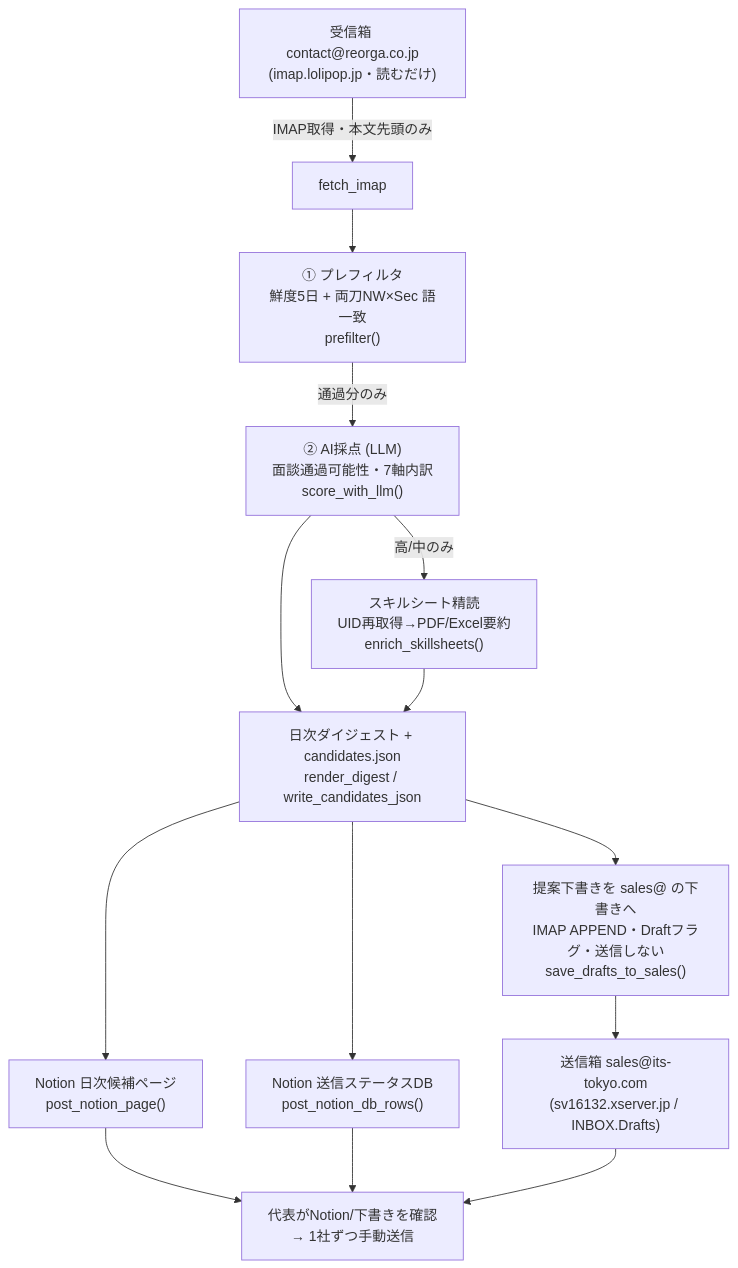
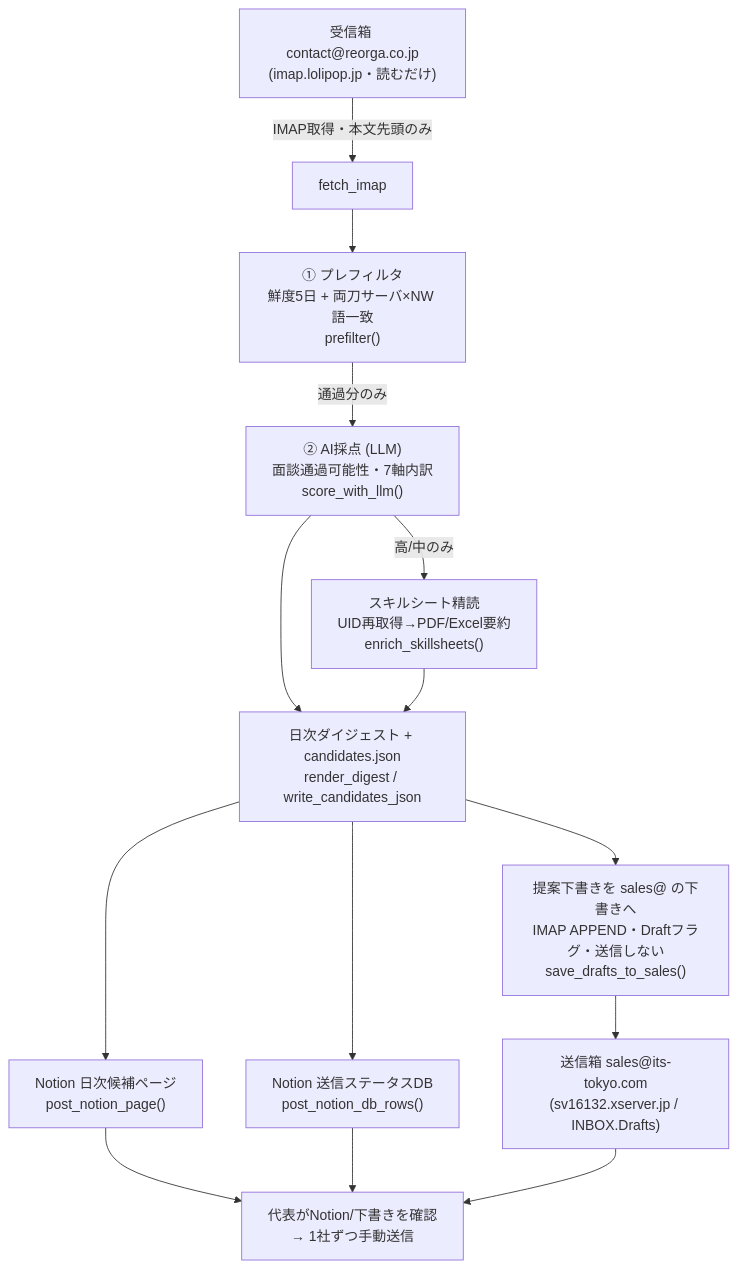
The diagram in automation/ses-matching/HANDOVER.md (ktakahashi7755-creator/its-company-os), drawn with Mermaid before and after one commit. The commit also changed other lines of this file and 21 other files, not shown here.

````diff
--- a/automation/ses-matching/HANDOVER.md
+++ b/automation/ses-matching/HANDOVER.md
@@ -43,16 +43,16 @@
 ```mermaid
 flowchart TD
     A["受信箱 contact@reorga.co.jp<br/>(imap.lolipop.jp・読むだけ)"] -->|IMAP取得・本文先頭のみ| B[fetch_imap]
-    B --> C["① プレフィルタ<br/>鮮度5日 + 両刀NW×Sec 語一致<br/>prefilter()"]
+    B --> C["① プレフィルタ<br/>鮮度5日 + 両刀サーバ×NW 語一致<br/>prefilter()"]
     C -->|通過分のみ| D["② AI採点 (LLM)<br/>面談通過可能性・7軸内訳<br/>score_with_llm()"]
     D -->|高/中のみ| E["スキルシート精読<br/>UID再取得→PDF/Excel要約<br/>enrich_skillsheets()"]
     D --> F["日次ダイジェスト + candidates.json<br/>render_digest / write_candidates_json"]
     E --> F
     F --> G["Notion 日次候補ページ<br/>post_notion_page()"]
     F --> H["Notion 送信ステータスDB<br/>post_notion_db_rows()"]
     F --> I["提案下書きを sales@ の下書きへ<br/>IMAP APPEND・Draftフラグ・送信しない<br/>save_drafts_to_sales()"]
     I --> J["送信箱 sales@its-tokyo.com<br/>(sv16132.xserver.jp / INBOX.Drafts)"]
     G --> K["代表がNotion/下書きを確認<br/>→ 1社ずつ手動送信"]
     H --> K
     J --> K
 ```
````
